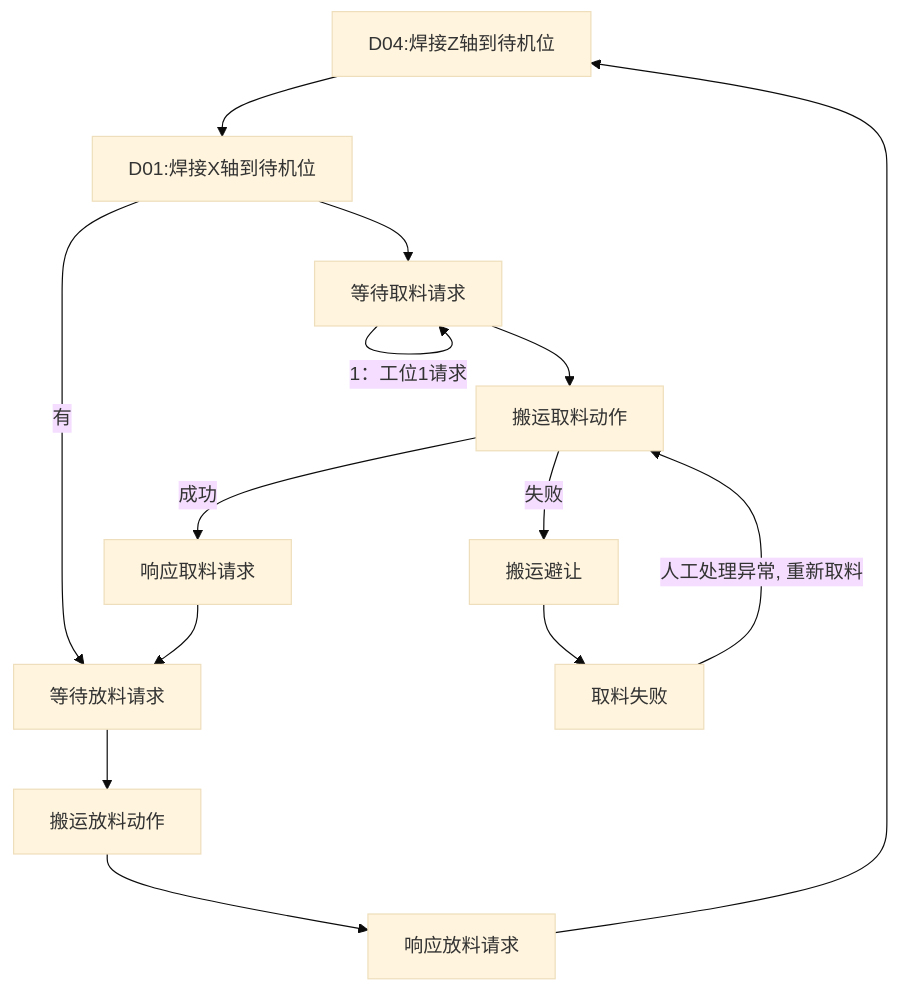
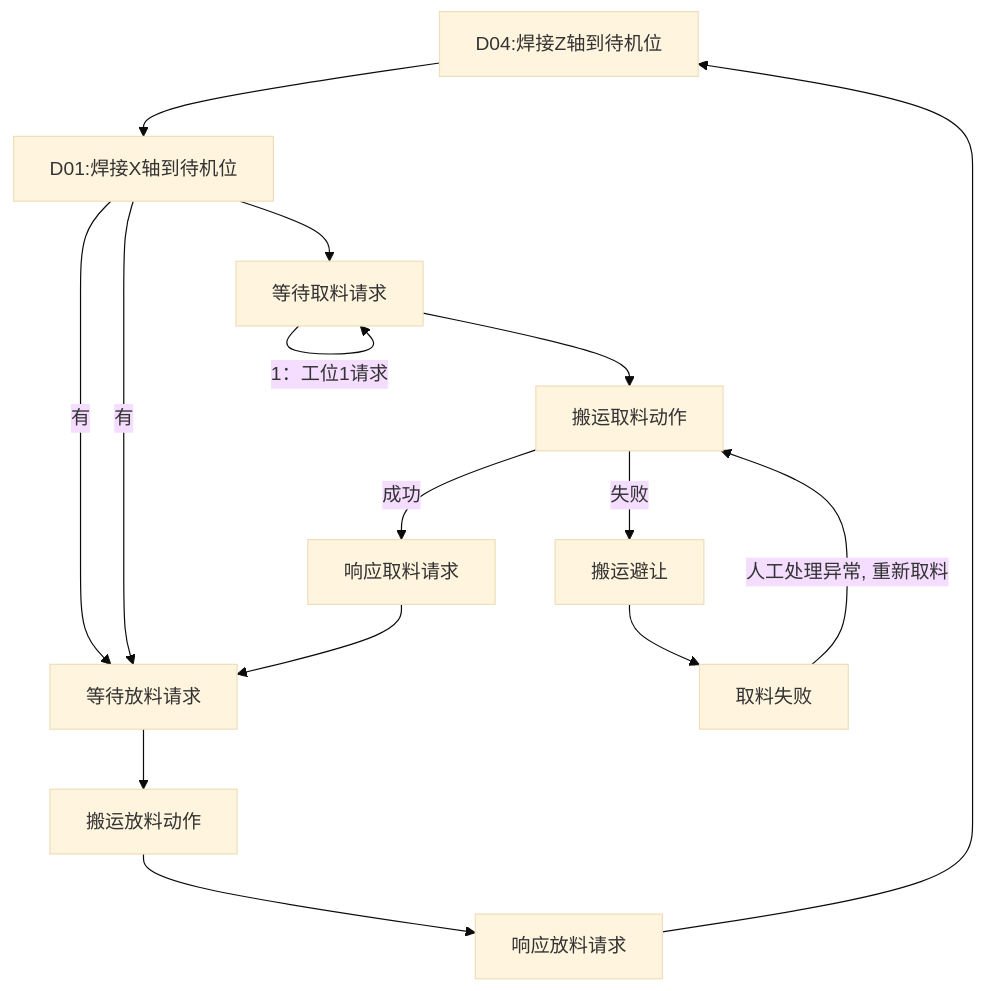
One commit to PengKun1/iodraw-files changed the diagram in all/OP10焊接工位自动流程.md. Above: the diagram before and after it, drawn with Mermaid (base theme).

Commit message:
2024-08-06 16:53:38 update

````diff
--- a/all/OP10焊接工位自动流程.md
+++ b/all/OP10焊接工位自动流程.md
@@ -1,20 +1,20 @@
 ```mermaid
 graph TD
 10[D04:焊接Z轴到待机位]-->20
 20[D01:焊接X轴到待机位]-->30
 30{等待请求焊接信号}-->|1：工位1请求|30
-
+20-->|有|60
 
 20-->|有|60
 30[等待取料请求]-->40
 40[搬运取料动作]-->|成功|50
 40-->|失败|90
 50[响应取料请求]-->60
 60[等待放料请求]-->70
 70[搬运放料动作]-->80
 80[响应放料请求]-->10
 
 90[搬运避让]-->900
 
 900[取料失败]-->|人工处理异常, 重新取料|40
 ```
````
